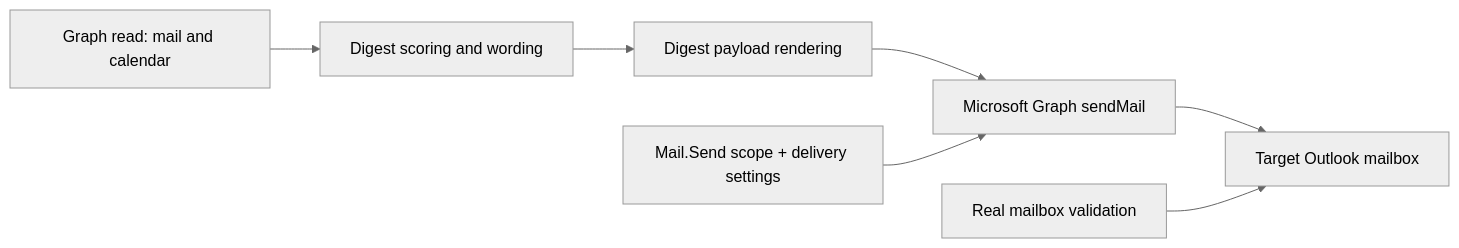
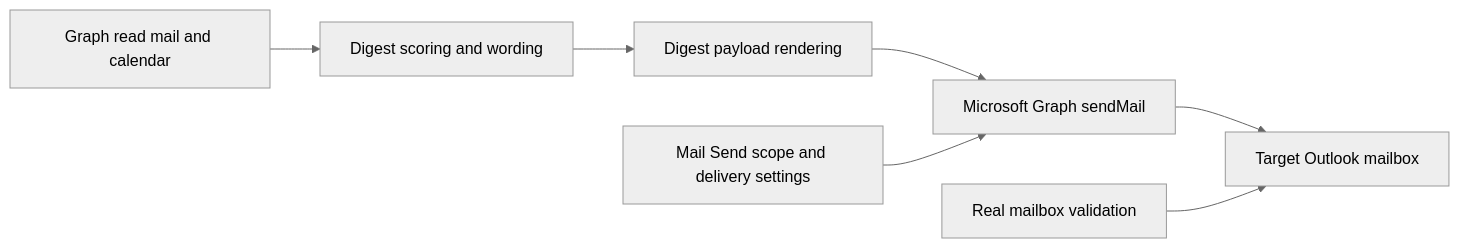
Before and after one commit to AlexAgo83/day-captain: the diagram in logics/request/req_003_day_captain_graph_send_and_mailbox_delivery_validation.md, drawn with Mermaid (neutral theme). The commit also changed 40 other files, not shown here.

Commit message:
Normalize Logics Mermaid diagrams

````diff
--- a/logics/request/req_003_day_captain_graph_send_and_mailbox_delivery_validation.md
+++ b/logics/request/req_003_day_captain_graph_send_and_mailbox_delivery_validation.md
@@ -39,9 +39,9 @@
 ```mermaid
 flowchart LR
-    Collect[Graph read: mail and calendar] --> Score[Digest scoring and wording]
+    Collect[Graph read mail and calendar] --> Score[Digest scoring and wording]
     Score --> Render[Digest payload rendering]
     Render --> Send[Microsoft Graph sendMail]
     Send --> Mailbox[Target Outlook mailbox]
-    Config[Mail.Send scope + delivery settings] --> Send
+    Config[Mail Send scope and delivery settings] --> Send
     Manual[Real mailbox validation] --> Mailbox
 ```
````
